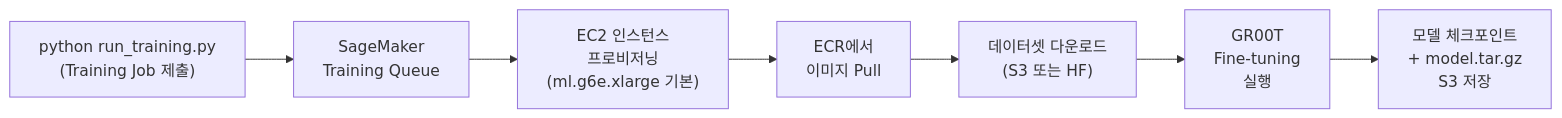
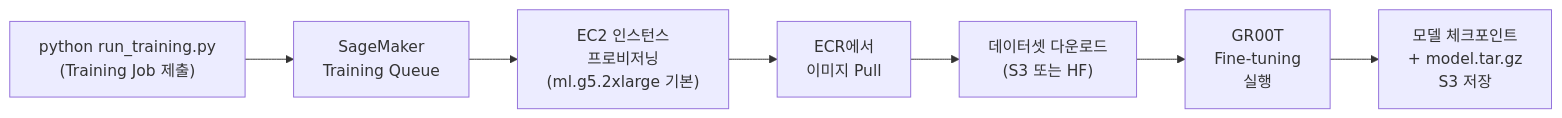
One commit to seokjushin/physical-ai-aws-docs changed the first of 2 diagrams in physical-ai-on-aws-guide/nvidia-isaac-lab-on-aws/6-5.-gr00t-finetune-sagemaker.md. Above: the diagram before and after it, drawn with Mermaid. The commit also changed other lines of this file, not shown here.

````diff
--- a/physical-ai-on-aws-guide/nvidia-isaac-lab-on-aws/6-5.-gr00t-finetune-sagemaker.md
+++ b/physical-ai-on-aws-guide/nvidia-isaac-lab-on-aws/6-5.-gr00t-finetune-sagemaker.md
@@ -324,9 +365,9 @@
 ```mermaid
 flowchart LR
     Submit["python run_training.py\n(Training Job 제출)"] --> Queue["SageMaker\nTraining Queue"]
-    Queue --> Provision["EC2 인스턴스\n프로비저닝\n(ml.g6e.xlarge 기본)"]
+    Queue --> Provision["EC2 인스턴스\n프로비저닝\n(ml.g5.2xlarge 기본)"]
     Provision --> Pull["ECR에서\n이미지 Pull"]
     Pull --> Download["데이터셋 다운로드\n(S3 또는 HF)"]
     Download --> Train["GR00T\nFine-tuning\n실행"]
     Train --> Save["모델 체크포인트\n+ model.tar.gz\nS3 저장"]
 ```
````
